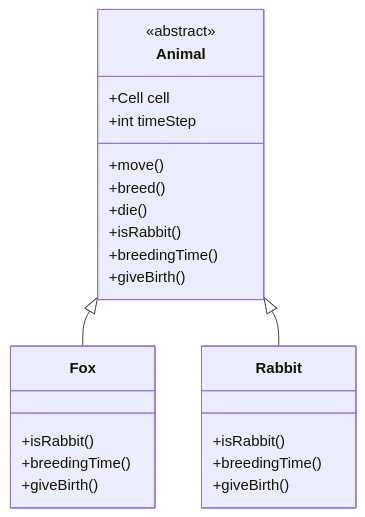
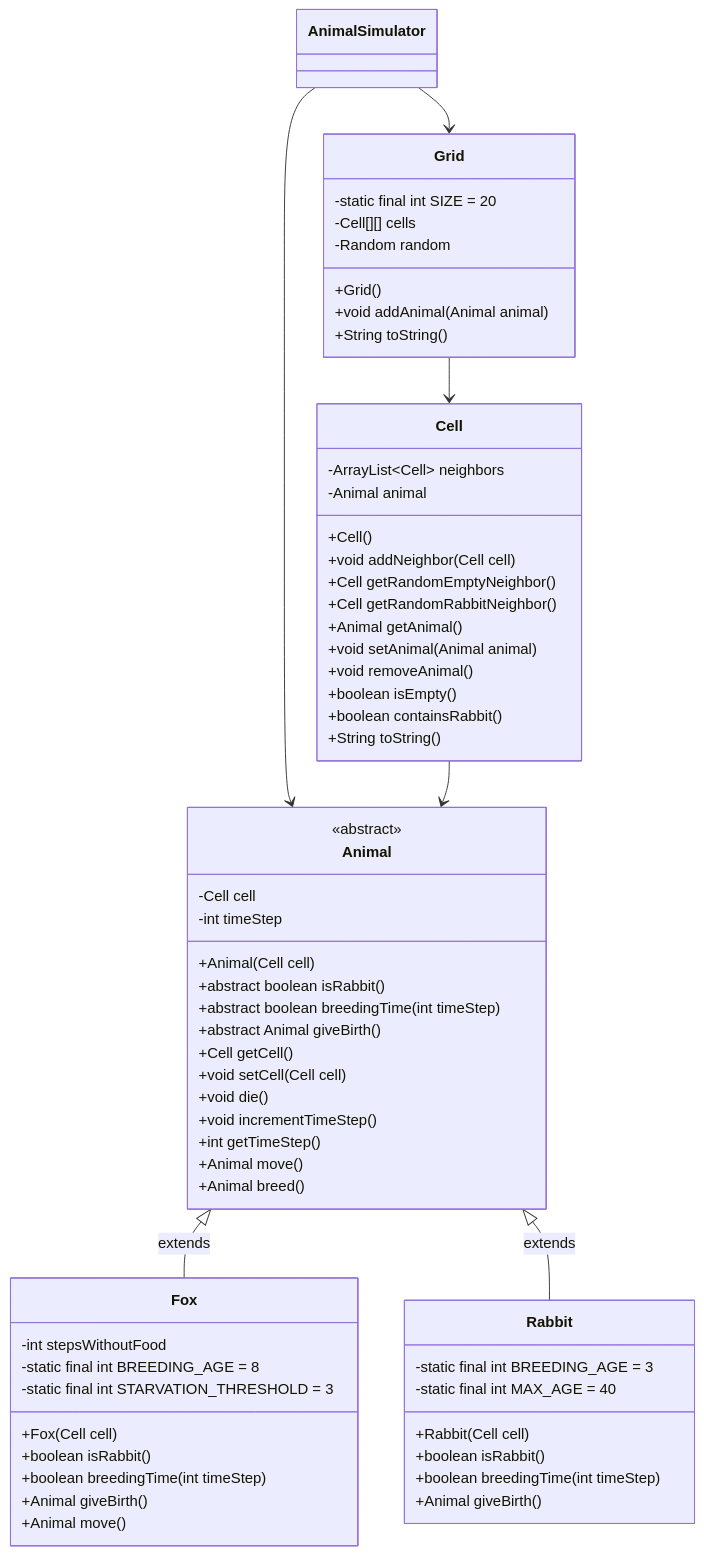
The first of 4 diagrams in README.md (MorfidisJ/FoxesVSRabbits-Java), drawn with Mermaid before and after one commit. The commit also changed other lines of this file, not shown here.

````diff
--- a/README.md
+++ b/README.md
@@ -33,26 +33,78 @@
 ```mermaid
 classDiagram
-    Animal <|-- Fox
-    Animal <|-- Rabbit
+    %% Main Classes
+    AnimalSimulator --> Grid
+    AnimalSimulator --> Animal
+    Grid --> Cell
+    Cell --> Animal
+    
+    %% Animal Hierarchy
+    Animal <|-- Fox : extends
+    Animal <|-- Rabbit : extends
+    
+    %% Animal Class Details
     class Animal {
         <<abstract>>
-        +Cell cell
-        +int timeStep
-        +move()
-        +breed()
-        +die()
-        +isRabbit()
-        +breedingTime()
-        +giveBirth()
+        -Cell cell
+        -int timeStep
+        +Animal(Cell cell)
+        +abstract boolean isRabbit()
+        +abstract boolean breedingTime(int timeStep)
+        +abstract Animal giveBirth()
+        +Cell getCell()
+        +void setCell(Cell cell)
+        +void die()
+        +void incrementTimeStep()
+        +int getTimeStep()
+        +Animal move()
+        +Animal breed()
     }
+    
+    %% Fox Class Details
     class Fox {
-        +isRabbit()
-        +breedingTime()
-        +giveBirth()
+        -int stepsWithoutFood
+        -static final int BREEDING_AGE = 8
+        -static final int STARVATION_THRESHOLD = 3
+        +Fox(Cell cell)
+        +boolean isRabbit()
+        +boolean breedingTime(int timeStep)
+        +Animal giveBirth()
+        +Animal move()
     }
+    
+    %% Rabbit Class Details
     class Rabbit {
-        +isRabbit()
-        +breedingTime()
-        +giveBirth()
+        -static final int BREEDING_AGE = 3
+        -static final int MAX_AGE = 40
+        +Rabbit(Cell cell)
+        +boolean isRabbit()
+        +boolean breedingTime(int timeStep)
+        +Animal giveBirth()
+    }
+    
+    %% Grid Class Details
+    class Grid {
+        -static final int SIZE = 20
+        -Cell[][] cells
+        -Random random
+        +Grid()
+        +void addAnimal(Animal animal)
+        +String toString()
+    }
+    
+    %% Cell Class Details
+    class Cell {
+        -ArrayList~Cell~ neighbors
+        -Animal animal
+        +Cell()
+        +void addNeighbor(Cell cell)
+        +Cell getRandomEmptyNeighbor()
+        +Cell getRandomRabbitNeighbor()
+        +Animal getAnimal()
+        +void setAnimal(Animal animal)
+        +void removeAnimal()
+        +boolean isEmpty()
+        +boolean containsRabbit()
+        +String toString()
     }
 ```
````
